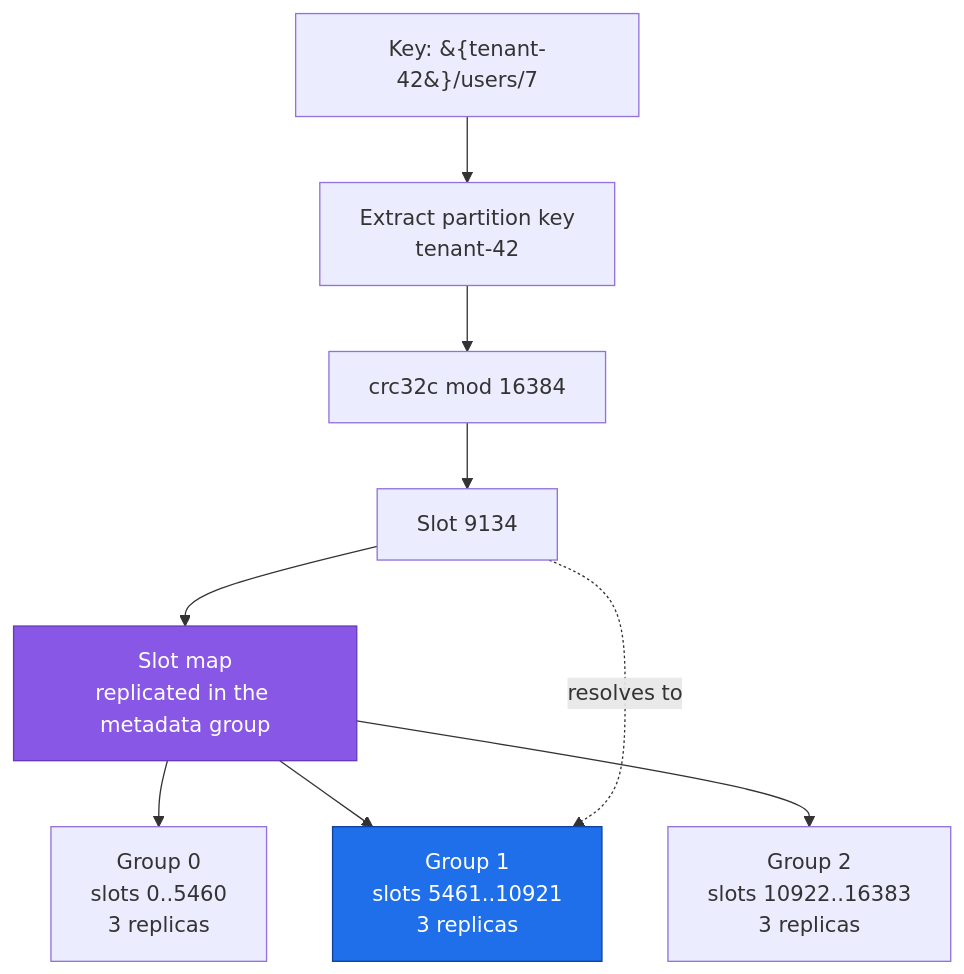
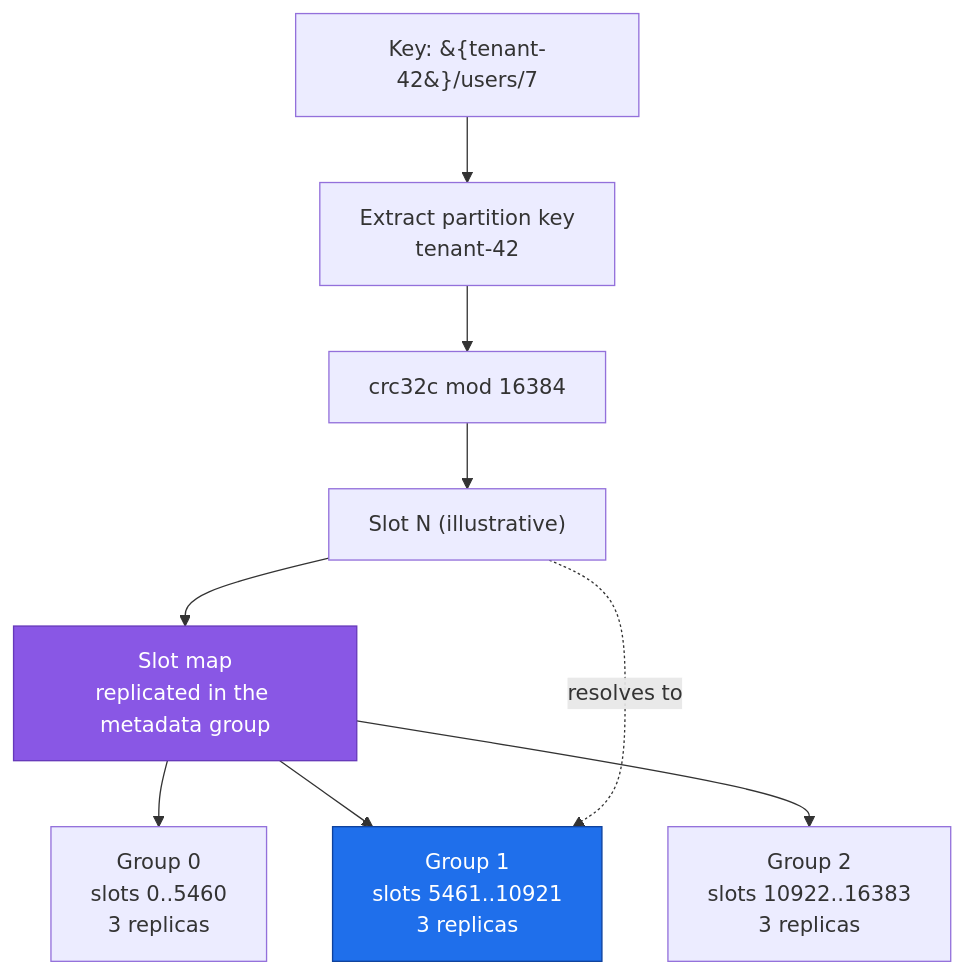
One commit to nightCode42/gokvx changed the ninth of 14 diagrams in docs/requirements.md. Above: the diagram before and after it, drawn with Mermaid. The commit also changed other lines of this file and 7 other files, not shown here.

````diff
--- a/docs/requirements.md
+++ b/docs/requirements.md
@@ -654,16 +654,16 @@
 ```mermaid
 flowchart TB
     key["Key: &#123;tenant-42&#125;/users/7"] --> extract["Extract partition key<br/>tenant-42"]
     extract --> hash["crc32c mod 16384"]
-    hash --> slot["Slot 9134"]
+    hash --> slot["Slot N (illustrative)"]
     slot --> map["Slot map<br/>replicated in the metadata group"]
 
     map --> g0["Group 0<br/>slots 0..5460<br/>3 replicas"]
     map --> g1["Group 1<br/>slots 5461..10921<br/>3 replicas"]
     map --> g2["Group 2<br/>slots 10922..16383<br/>3 replicas"]
 
     slot -.->|resolves to| g1
 
     style g1 fill:#1f6feb,stroke:#0d419d,color:#ffffff
     style map fill:#8957e5,stroke:#6639ba,color:#ffffff
 ```
````
